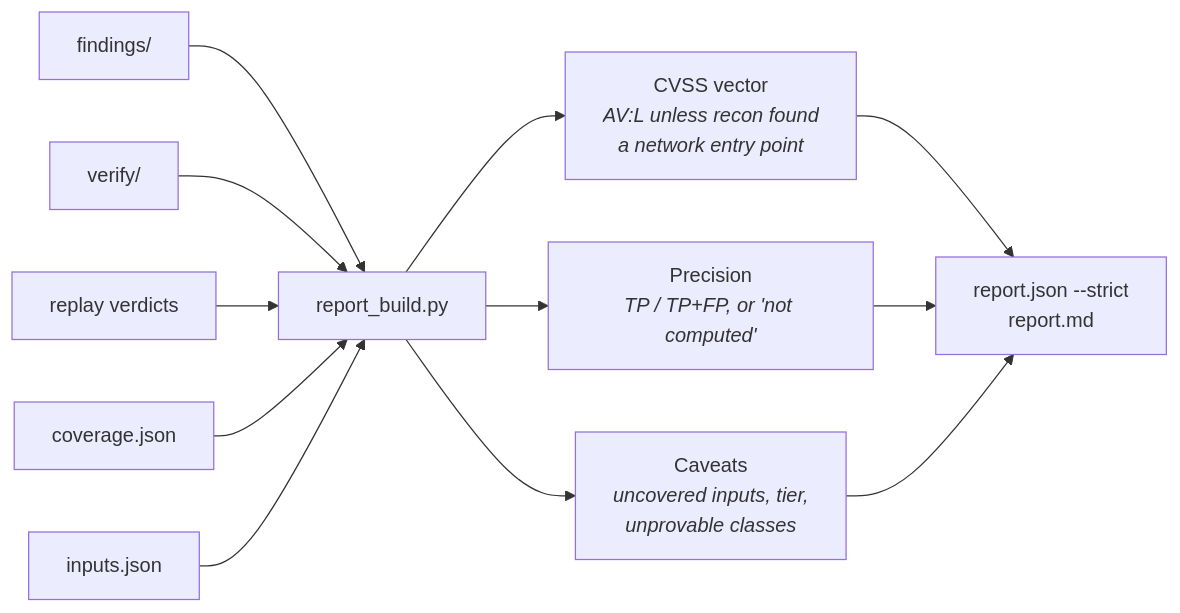
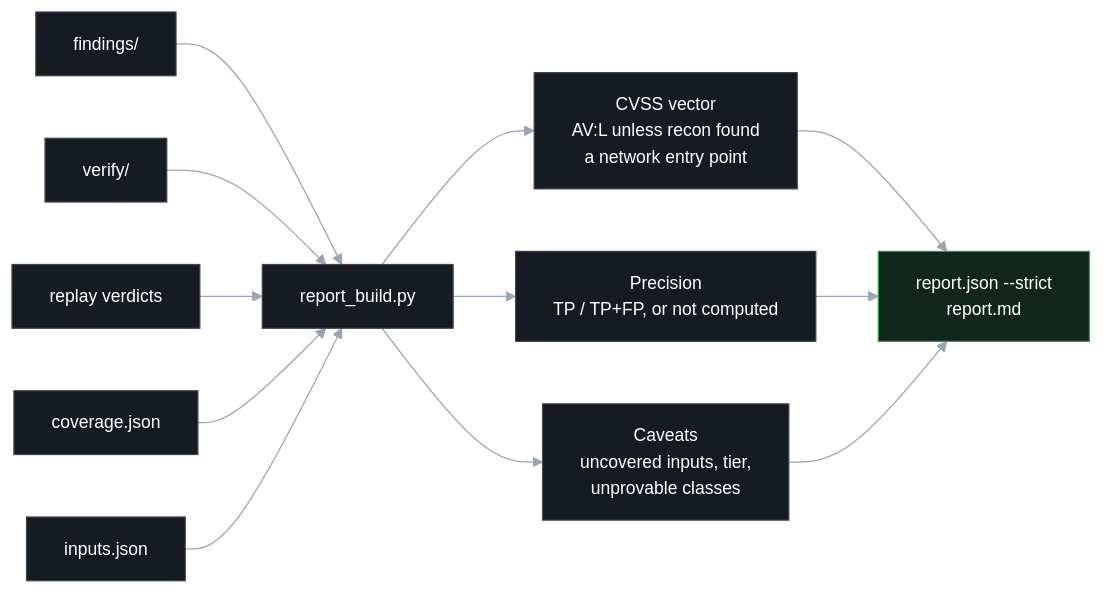
One commit to 0xsharz/pyhunt changed the tenth of 16 diagrams in docs/ARCHITECTURE.md. Above: the diagram before and after it, drawn with Mermaid. The commit also changed other lines of this file and 1 other file, not shown here.

````diff
--- a/docs/ARCHITECTURE.md
+++ b/docs/ARCHITECTURE.md
@@ -286,14 +326,20 @@
 ```mermaid
+%%{init: {"theme":"base","themeVariables":{"background":"#0d1117","primaryColor":"#161b22","primaryTextColor":"#ffffff","primaryBorderColor":"#3d444d","lineColor":"#9aa4b2","secondaryColor":"#1c2128","tertiaryColor":"#21262d","mainBkg":"#161b22","textColor":"#ffffff","nodeTextColor":"#ffffff","edgeLabelBackground":"#161b22","fontSize":"14px"}}}%%
 flowchart LR
     FD["findings/"] --> RB["report_build.py"]
     VJ["verify/"] --> RB
     RV["replay verdicts"] --> RB
     CJ["coverage.json"] --> RB
     IJ["inputs.json"] --> RB
 
-    RB --> CVSS["CVSS vector<br/><i>AV:L unless recon found<br/>a network entry point</i>"]
-    RB --> PREC["Precision<br/><i>TP / TP+FP, or 'not computed'</i>"]
-    RB --> CAV["Caveats<br/><i>uncovered inputs, tier,<br/>unprovable classes</i>"]
+    RB --> CVSS["CVSS vector<br/>AV:L unless recon found<br/>a network entry point"]
+    RB --> PREC["Precision<br/>TP / TP+FP, or not computed"]
+    RB --> CAV["Caveats<br/>uncovered inputs, tier,<br/>unprovable classes"]
 
     CVSS & PREC & CAV --> OUT["report.json --strict<br/>report.md"]
+
+    classDef base fill:#161b22,stroke:#3d444d,color:#ffffff
+    classDef good fill:#12261c,stroke:#2ea043,color:#ffffff
+    class FD,VJ,RV,CJ,IJ,RB,CVSS,PREC,CAV base
+    class OUT good
 ```
````
